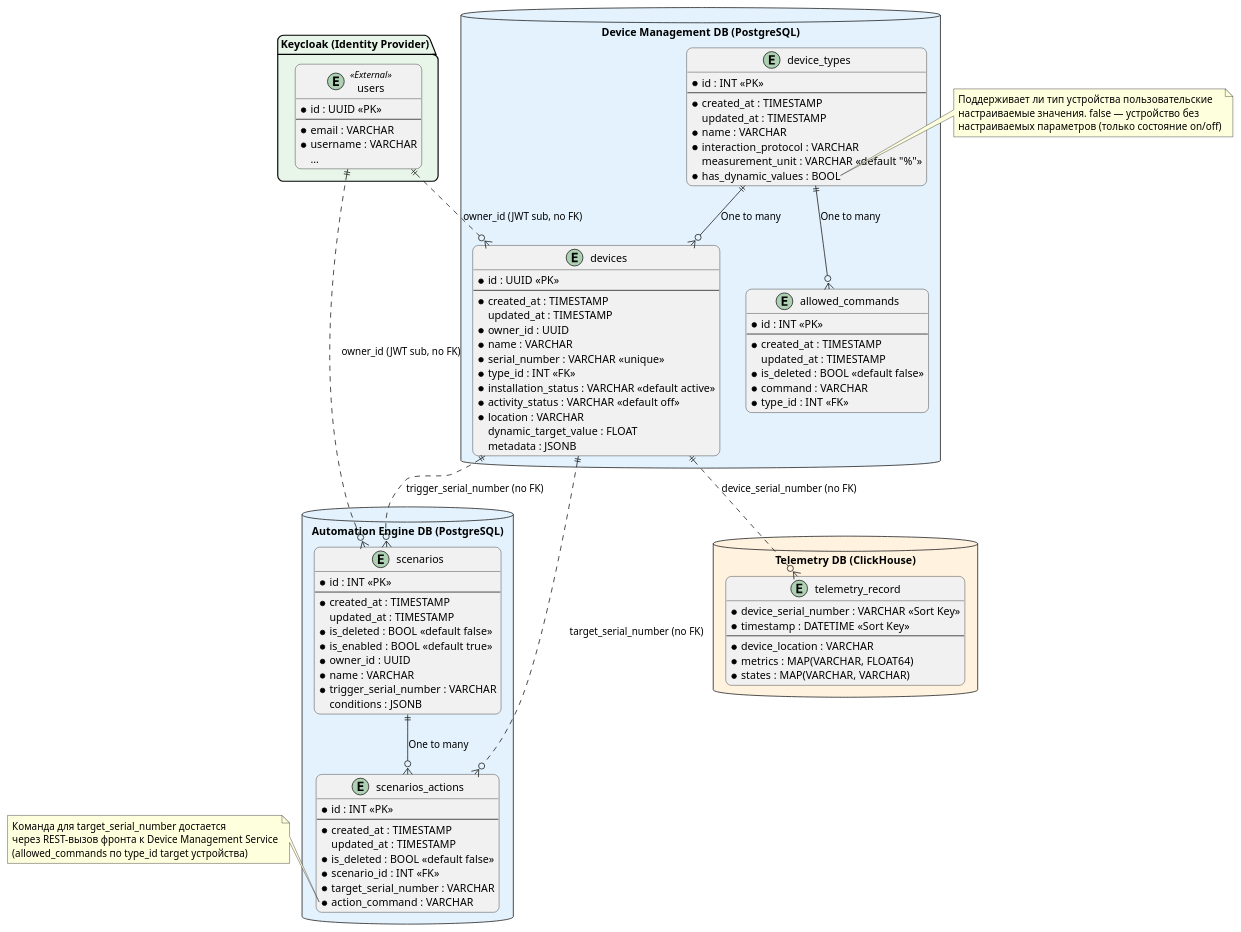
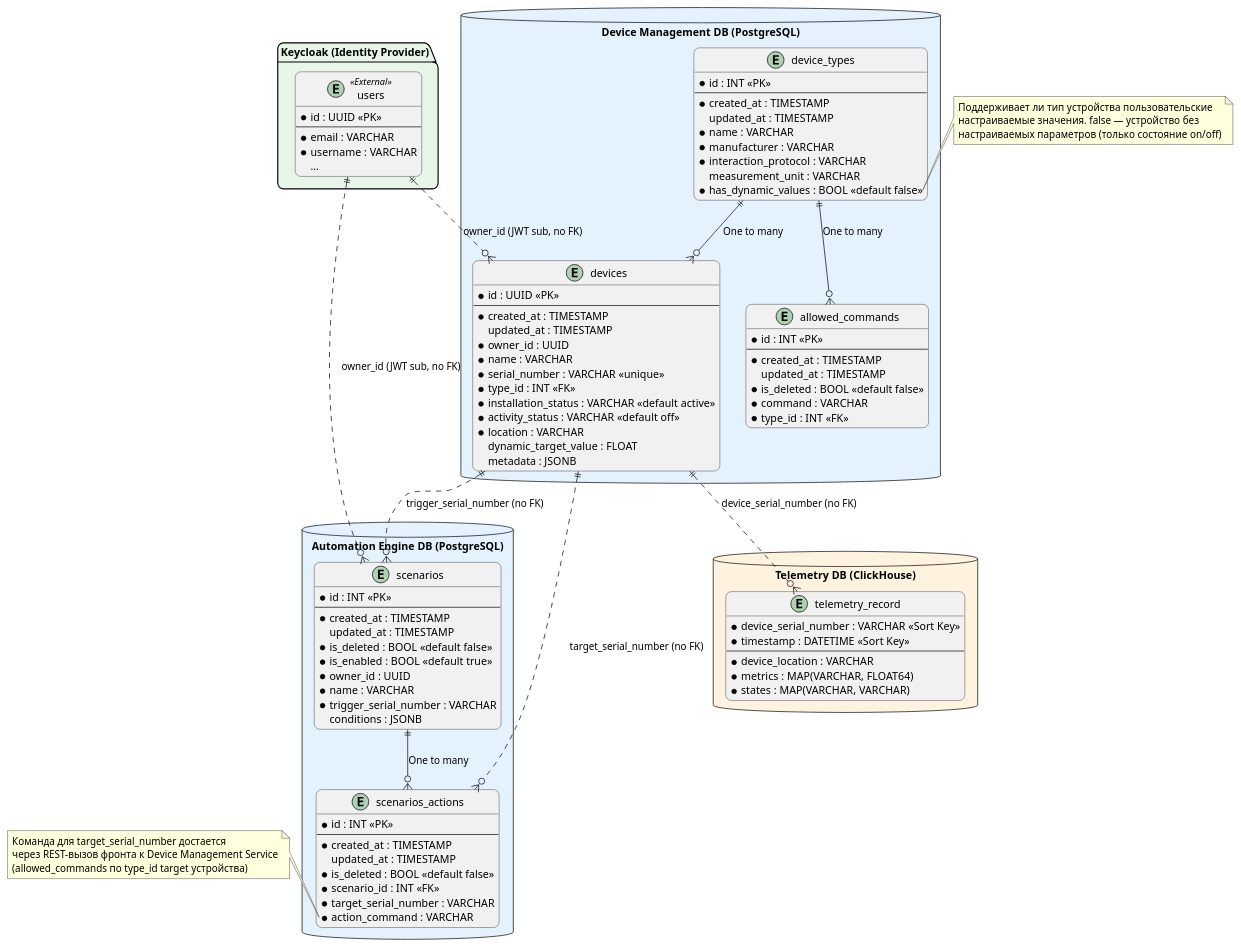
The diagram in schemas/task_3/ER.puml (Nikilandgelo/architecture-pro-warmhouse), drawn with PlantUML before and after one commit. The commit also changed 1 other file, not shown here.

Commit message:
feat: update er diagram

```diff
--- a/schemas/task_3/ER.puml
+++ b/schemas/task_3/ER.puml
@@ -1,122 +1,123 @@
 @startuml
 skinparam roundcorner 15
 
 package "Keycloak (Identity Provider)" #E8F5E9 {
     entity "users" as users <<External>> {
         * id : UUID <<PK>>
         --
         * email : VARCHAR
         * username : VARCHAR
         ...
     }
 }
 
 
 database "Device Management DB (PostgreSQL)" #E3F2FD {
 
     entity "allowed_commands" as allowed_commands {
       * id : INT <<PK>>
       --
       * created_at : TIMESTAMP
       updated_at : TIMESTAMP
       * is_deleted : BOOL <<default false>>
       * command : VARCHAR
       * type_id : INT <<FK>>
     }
 
     entity "device_types" as device_types {
       * id : INT <<PK>>
       --
       * created_at : TIMESTAMP
       updated_at : TIMESTAMP
       * name : VARCHAR
+      * manufacturer : VARCHAR
       * interaction_protocol : VARCHAR
-      measurement_unit : VARCHAR <<default "%">>
-      * has_dynamic_values : BOOL
+      measurement_unit : VARCHAR
+      * has_dynamic_values : BOOL <<default false>>
     }
 
     entity "devices" as devices {
       * id : UUID <<PK>>
       --
       * created_at : TIMESTAMP
       updated_at : TIMESTAMP
       * owner_id : UUID
       * name : VARCHAR
       * serial_number : VARCHAR <<unique>>
       * type_id : INT <<FK>>
       * installation_status : VARCHAR <<default active>>
       * activity_status : VARCHAR <<default off>>
       * location : VARCHAR
       dynamic_target_value : FLOAT
       metadata : JSONB
     }
 }
 
 
 database "Automation Engine DB (PostgreSQL)" #E3F2FD {
 
     entity "scenarios" as scenarios {
           * id : INT <<PK>>
           --
           * created_at : TIMESTAMP
           updated_at : TIMESTAMP
           * is_deleted : BOOL <<default false>>
           * is_enabled : BOOL <<default true>>
           * owner_id : UUID
           * name : VARCHAR
           * trigger_serial_number : VARCHAR
           conditions : JSONB
         }
 
     entity "scenarios_actions" as scenarios_actions {
         * id : INT <<PK>>
         --
         * created_at : TIMESTAMP
         updated_at : TIMESTAMP
         * is_deleted : BOOL <<default false>>
         * scenario_id : INT <<FK>>
         * target_serial_number : VARCHAR
         * action_command : VARCHAR
     }
 }
 
 
 database "Telemetry DB (ClickHouse)" #FFF3E0 {
 
     entity "telemetry_record" as telemetry_record {
         * device_serial_number : VARCHAR <<Sort Key>>
         * timestamp : DATETIME <<Sort Key>>
         --
         * device_location : VARCHAR
         * metrics : MAP(VARCHAR, FLOAT64)
         * states : MAP(VARCHAR, VARCHAR)
     }
 }
 
 
 device_types ||--o{ devices : "One to many"
 device_types ||--o{ allowed_commands : "One to many"
 scenarios ||--o{ scenarios_actions : "One to many"
 
 users ||..o{ devices : "owner_id (JWT sub, no FK)"
 users ||..o{ scenarios : "owner_id (JWT sub, no FK)"
 
 devices ||..o{ telemetry_record : "device_serial_number (no FK)"
 devices ||..o{ scenarios_actions : "target_serial_number (no FK)"
 devices ||..o{ scenarios : "trigger_serial_number (no FK)"
 
 
 note left of scenarios_actions::action_command
     Команда для target_serial_number достается
     через REST-вызов фронта к Device Management Service
     (allowed_commands по type_id target устройства)
 end note
 
 
 note right of device_types::has_dynamic_values
   Поддерживает ли тип устройства пользовательские
   настраиваемые значения. false — устройство без
   настраиваемых параметров (только состояние on/off)
 end note
 
 @enduml
```
